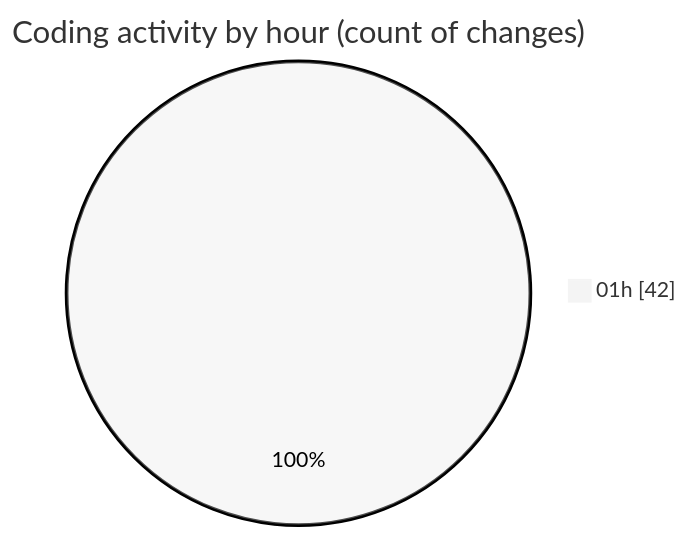
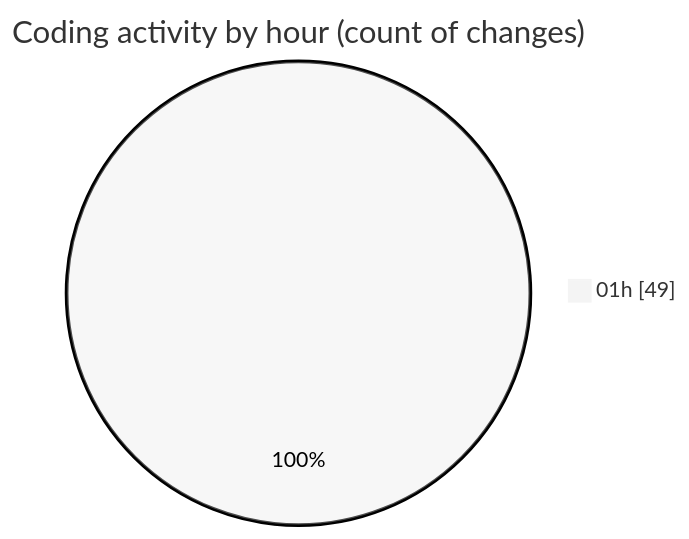
The second of 2 diagrams in 2025-09-02/quanlylink/README.md (lephambinh05/code-tracking), drawn with Mermaid (neutral theme) before and after one commit. The commit also changed other lines of this file and 1 other file, not shown here.

````diff
--- a/2025-09-02/quanlylink/README.md
+++ b/2025-09-02/quanlylink/README.md
@@ -54,5 +54,5 @@
 ```mermaid
 pie showData
 title Coding activity by hour (count of changes)
-"01h" : 42
+"01h" : 49
 ```
````
